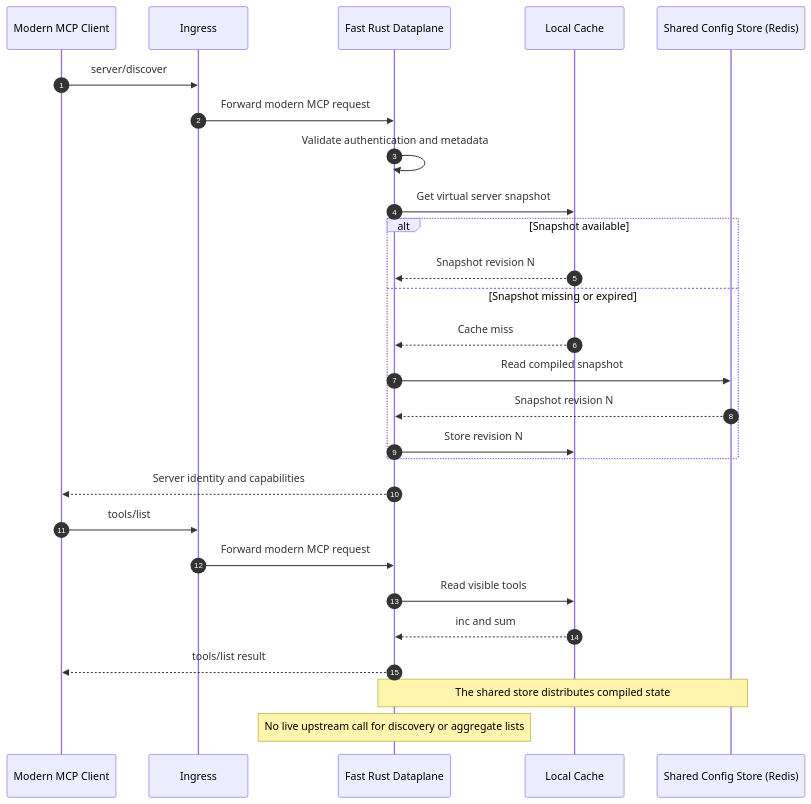
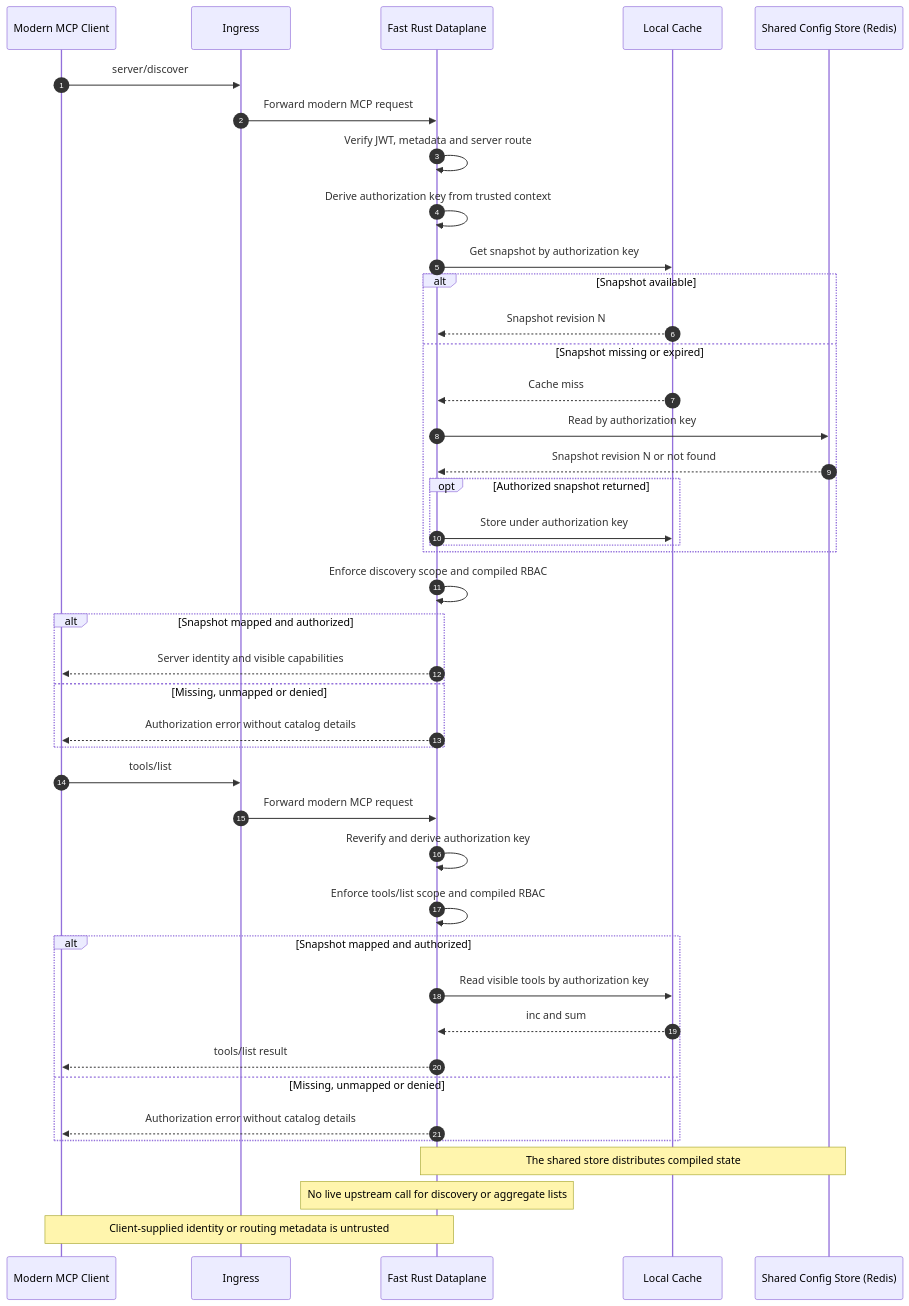
Before and after one commit to contextforge-gateway-rs/contextforge-gateway-rs: the third of 5 diagrams in _context/wiki/mcp-capability-allocation.md, drawn with Mermaid. The commit also changed other lines of this file and 1 other file, not shown here.

Commit message:
docs: define target authorization boundaries

````diff
--- a/_context/wiki/mcp-capability-allocation.md
+++ b/_context/wiki/mcp-capability-allocation.md
@@ -194,33 +222,49 @@
 ```mermaid
 sequenceDiagram
     autonumber
     participant Client as Modern MCP Client
     participant Ingress
     participant DP as Fast Rust Dataplane
     participant Cache as Local Cache
     participant Store as Shared Config Store (Redis)
 
     Client->>Ingress: server/discover
     Ingress->>DP: Forward modern MCP request
-    DP->>DP: Validate authentication and metadata
-    DP->>Cache: Get virtual server snapshot
+    DP->>DP: Verify JWT, metadata and server route
+    DP->>DP: Derive authorization key from trusted context
+    DP->>Cache: Get snapshot by authorization key
 
     alt Snapshot available
         Cache-->>DP: Snapshot revision N
     else Snapshot missing or expired
         Cache-->>DP: Cache miss
-        DP->>Store: Read compiled snapshot
-        Store-->>DP: Snapshot revision N
-        DP->>Cache: Store revision N
+        DP->>Store: Read by authorization key
+        Store-->>DP: Snapshot revision N or not found
+        opt Authorized snapshot returned
+            DP->>Cache: Store under authorization key
+        end
     end
 
-    DP-->>Client: Server identity and capabilities
+    DP->>DP: Enforce discovery scope and compiled RBAC
+    alt Snapshot mapped and authorized
+        DP-->>Client: Server identity and visible capabilities
+    else Missing, unmapped or denied
+        DP-->>Client: Authorization error without catalog details
+    end
+
     Client->>Ingress: tools/list
     Ingress->>DP: Forward modern MCP request
-    DP->>Cache: Read visible tools
-    Cache-->>DP: inc and sum
-    DP-->>Client: tools/list result
+    DP->>DP: Reverify and derive authorization key
+    DP->>DP: Enforce tools/list scope and compiled RBAC
+    alt Snapshot mapped and authorized
+        DP->>Cache: Read visible tools by authorization key
+        Cache-->>DP: inc and sum
+        DP-->>Client: tools/list result
+    else Missing, unmapped or denied
+        DP-->>Client: Authorization error without catalog details
+    end
 
     Note over DP,Store: The shared store distributes compiled state
     Note over DP: No live upstream call for discovery or aggregate lists
+    Note over Client,DP: Client-supplied identity or routing metadata is untrusted
 ```
````
